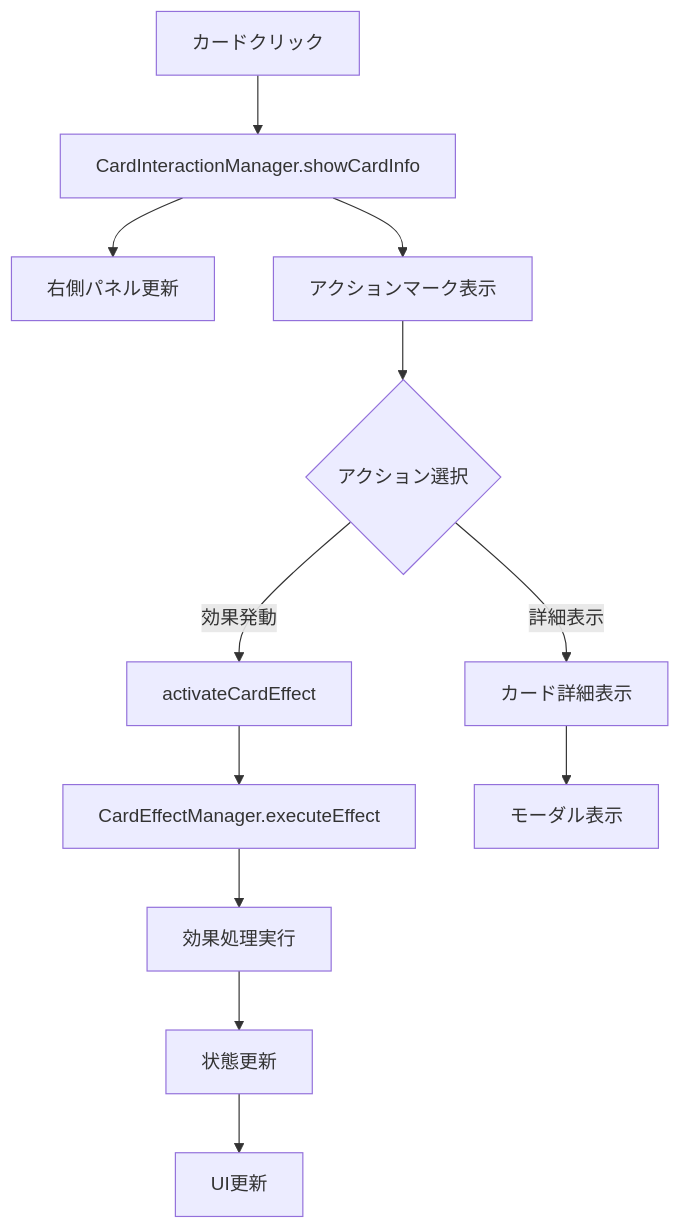
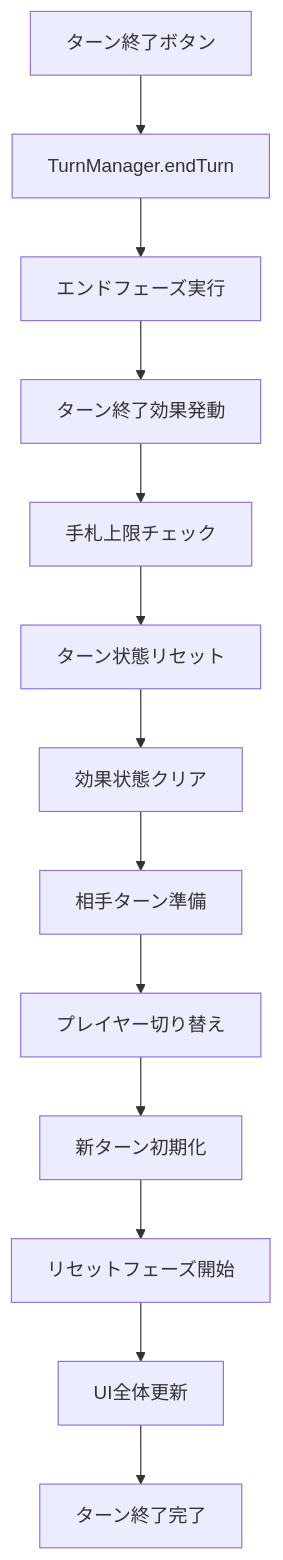
Diagram 17 of 21 in battle_simulator/docs/STATE_FLOW.md (ikachan-desuyo/hololive_card_list_check), drawn with Mermaid before and after one commit. The commit also changed other lines of this file and 10 other files, not shown here.

````diff
--- a/battle_simulator/docs/STATE_FLOW.md
+++ b/battle_simulator/docs/STATE_FLOW.md
@@ -184,14 +340,15 @@
 ```mermaid
 flowchart TD
-    A[カードクリック] --> B[CardInteractionManager.showCardInfo]
-    B --> C[右側パネル更新]
-    B --> D[アクションマーク表示]
-    D --> E{アクション選択}
-    E -->|効果発動| F[activateCardEffect]
-    E -->|詳細表示| G[カード詳細表示]
-    F --> H[CardEffectManager.executeEffect]
-    H --> I[効果処理実行]
-    I --> J[状態更新]
-    J --> K[UI更新]
-    G --> L[モーダル表示]
+    A[ターン終了ボタン] --> B[TurnManager.endTurn]
+    B --> C[エンドフェーズ実行]
+    C --> D[ターン終了効果発動]
+    D --> E[手札上限チェック]
+    E --> F[ターン状態リセット]
+    F --> G[効果状態クリア]
+    G --> H[相手ターン準備]
+    H --> I[プレイヤー切り替え]
+    I --> J[新ターン初期化]
+    J --> K[リセットフェーズ開始]
+    K --> L[UI全体更新]
+    L --> M[ターン終了完了]
 ```
````
